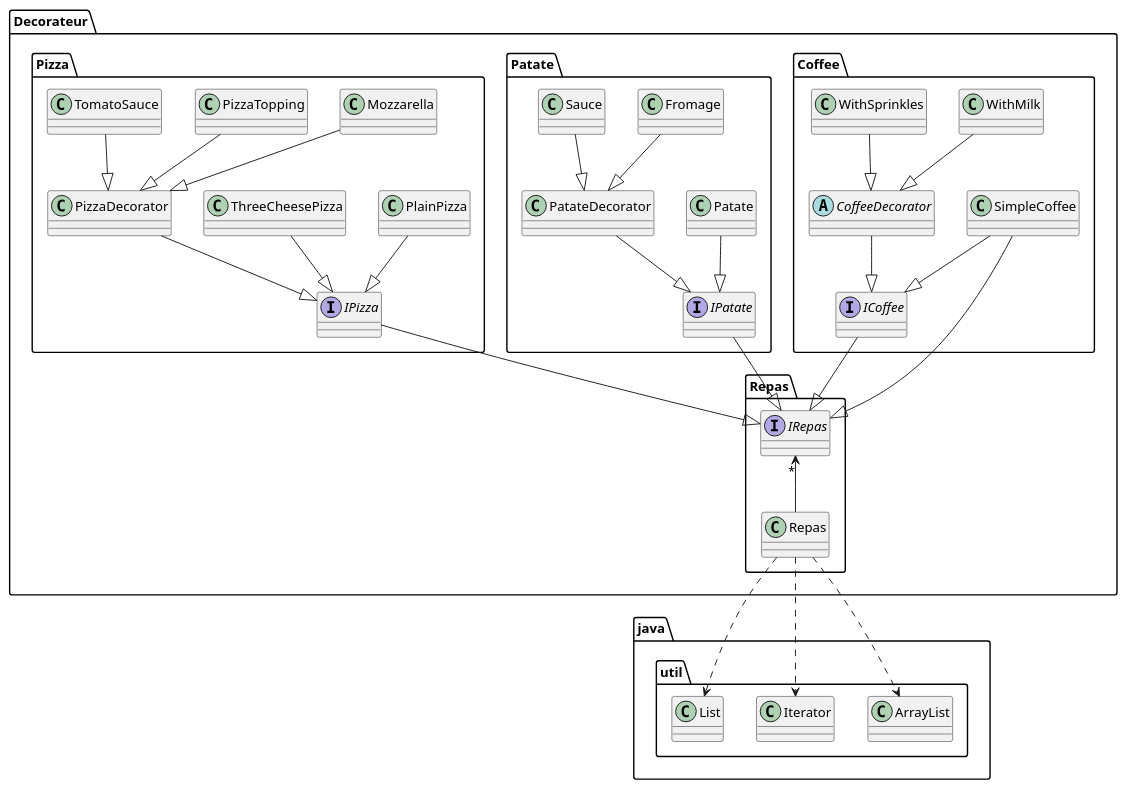
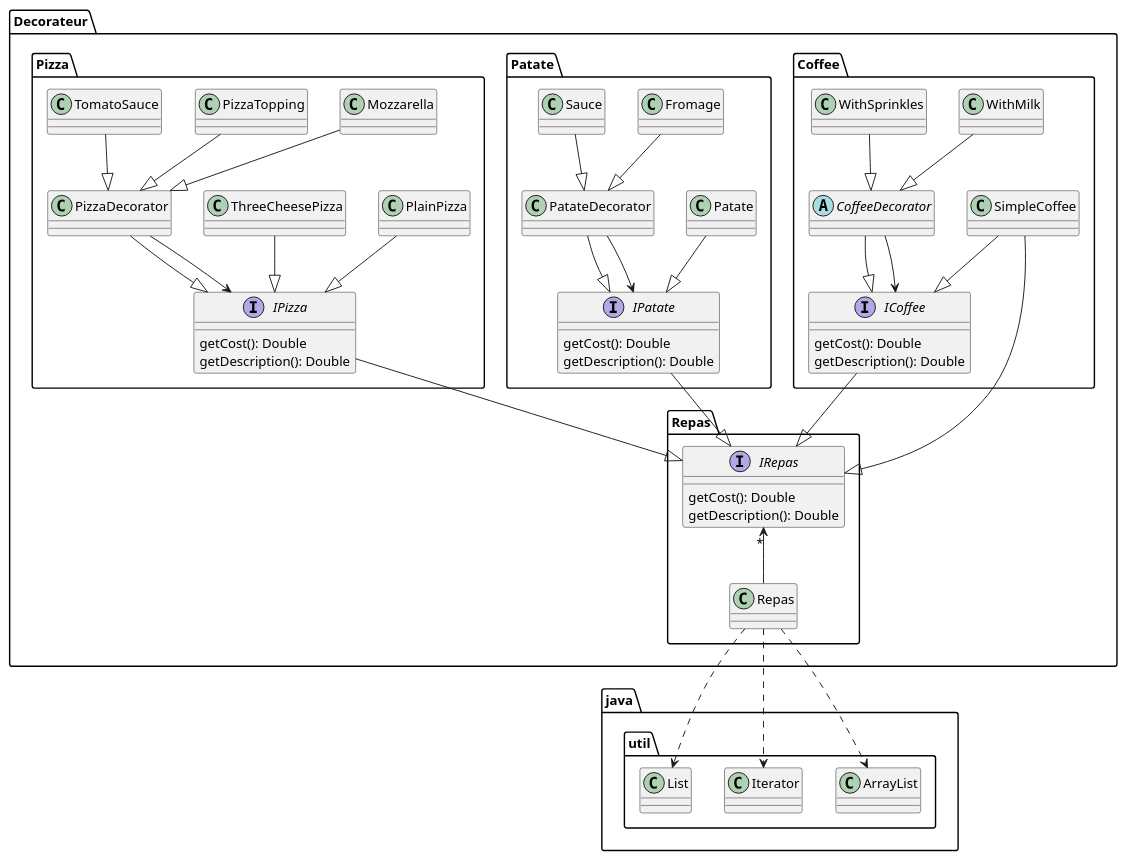
Before and after one commit to yvanross/LOG121-C04-decorateur-solution: the diagram in src/main/java/Decorateur/Repas/README-generated.puml, drawn with PlantUML. The commit also changed 6 other files, not shown here.

```diff
--- a/src/main/java/Decorateur/Repas/README-generated.puml
+++ b/src/main/java/Decorateur/Repas/README-generated.puml
@@ -1,47 +1,63 @@
 @startuml Diagramme de classe
 abstract class Decorateur.Coffee.CoffeeDecorator
 class Decorateur.Coffee.SimpleCoffee
 class Decorateur.Coffee.WithMilk
 class Decorateur.Coffee.WithSprinkles
 class Decorateur.Patate.Fromage
 class Decorateur.Patate.Patate
 class Decorateur.Patate.PatateDecorator
 class Decorateur.Patate.Sauce
 class Decorateur.Pizza.Mozzarella
 class Decorateur.Pizza.PizzaDecorator
 class Decorateur.Pizza.PizzaTopping
 class Decorateur.Pizza.PlainPizza
 class Decorateur.Pizza.ThreeCheesePizza
 class Decorateur.Pizza.TomatoSauce
 class Decorateur.Repas.Repas
 class java.util.ArrayList
 class java.util.Iterator
 class java.util.List
-interface Decorateur.Coffee.ICoffee
-interface Decorateur.Patate.IPatate
-interface Decorateur.Pizza.IPizza
-interface Decorateur.Repas.IRepas
+interface Decorateur.Coffee.ICoffee{
+    getCost(): Double
+    getDescription(): Double
+}
+interface Decorateur.Patate.IPatate{
+    getCost(): Double
+    getDescription(): Double
+}
+interface Decorateur.Pizza.IPizza{
+    getCost(): Double
+    getDescription(): Double
+}
+interface Decorateur.Repas.IRepas{
+    getCost(): Double
+    getDescription(): Double
+}
 Decorateur.Coffee.CoffeeDecorator --|> Decorateur.Coffee.ICoffee
 Decorateur.Coffee.SimpleCoffee --|> Decorateur.Coffee.ICoffee
 Decorateur.Coffee.SimpleCoffee --|> Decorateur.Repas.IRepas
 Decorateur.Coffee.WithMilk --|> Decorateur.Coffee.CoffeeDecorator
 Decorateur.Coffee.WithSprinkles --|> Decorateur.Coffee.CoffeeDecorator
 Decorateur.Patate.Fromage --|> Decorateur.Patate.PatateDecorator
 Decorateur.Patate.Patate --|> Decorateur.Patate.IPatate
 Decorateur.Patate.PatateDecorator --|> Decorateur.Patate.IPatate
 Decorateur.Patate.Sauce --|> Decorateur.Patate.PatateDecorator
 Decorateur.Pizza.Mozzarella --|> Decorateur.Pizza.PizzaDecorator
 Decorateur.Pizza.PizzaDecorator --|> Decorateur.Pizza.IPizza
 Decorateur.Pizza.PizzaTopping --|> Decorateur.Pizza.PizzaDecorator
 Decorateur.Pizza.PlainPizza --|> Decorateur.Pizza.IPizza
 Decorateur.Pizza.ThreeCheesePizza --|> Decorateur.Pizza.IPizza
 Decorateur.Pizza.TomatoSauce --|> Decorateur.Pizza.PizzaDecorator
 Decorateur.Repas.Repas ..> java.util.ArrayList
 Decorateur.Repas.Repas ..> java.util.Iterator
 Decorateur.Repas.Repas ..> java.util.List
 Decorateur.Coffee.ICoffee --|> Decorateur.Repas.IRepas
 Decorateur.Patate.IPatate --|> Decorateur.Repas.IRepas
 Decorateur.Pizza.IPizza --|> Decorateur.Repas.IRepas
 
 Decorateur.Repas.Repas -u-> "*" Decorateur.Repas.IRepas
+Decorateur.Coffee.CoffeeDecorator --> Decorateur.Coffee.ICoffee
+Decorateur.Patate.PatateDecorator --> Decorateur.Patate.IPatate
+Decorateur.Pizza.PizzaDecorator --> Decorateur.Pizza.IPizza
+
 @enduml
```
